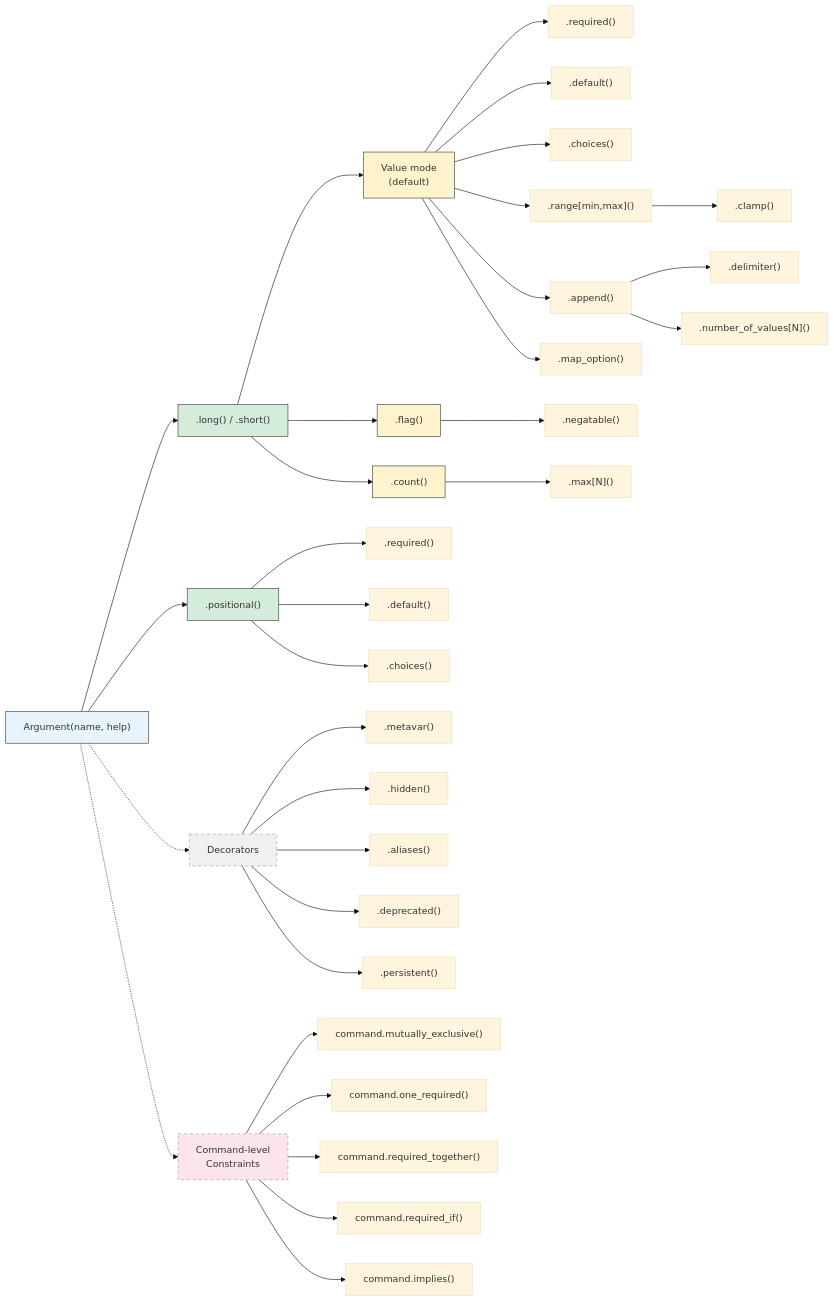
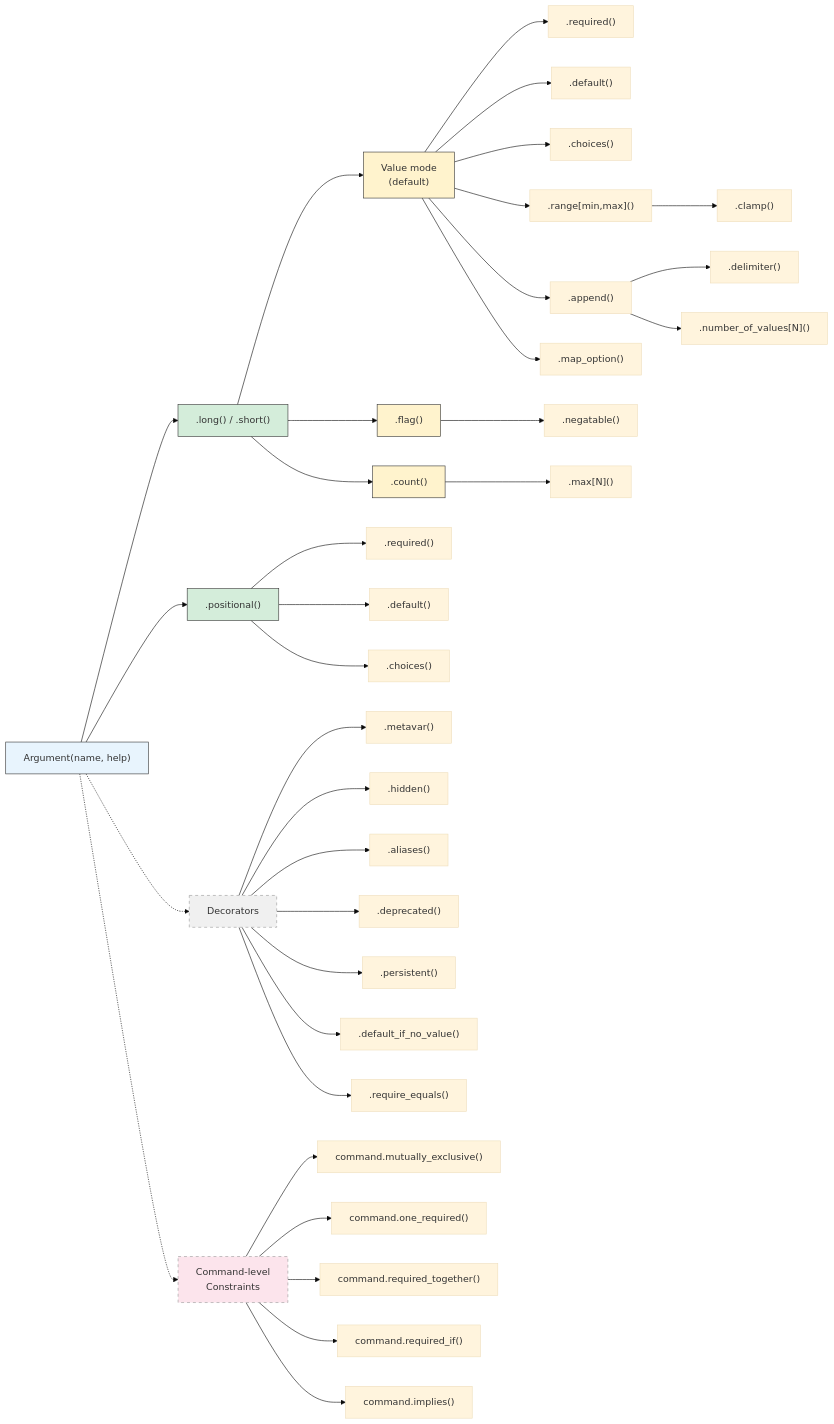
Before and after one commit to forfudan/argmojo: the diagram in docs/user_manual.md, drawn with Mermaid (base theme). The commit also changed other lines of this file and 7 other files, not shown here.

Commit message:
[core] Add `default_if_no_value` and `require_equals` + add cross-library reference in user manual (#12)

````diff
--- a/docs/user_manual.md
+++ b/docs/user_manual.md
@@ -1085,51 +1093,53 @@
 ```mermaid
 flowchart LR
     ARG["Argument(name, help)"]
 
     ARG --> NAMED[".long() / .short()"]
     ARG --> POS[".positional()"]
 
     NAMED --> VAL["Value mode\n(default)"]
     NAMED --> FLAG[".flag()"]
     NAMED --> COUNT[".count()"]
 
     VAL --> req1[".required()"]
     VAL --> def1[".default()"]
     VAL --> cho1[".choices()"]
     VAL --> rng[".range[min,max]()"]
     rng --> clp[".clamp()"]
     VAL --> app[".append()"]
     app --> delim[".delimiter()"]
     app --> nvals[".number_of_values[N]()"]
     VAL --> mapopt[".map_option()"]
 
     FLAG --> neg[".negatable()"]
     COUNT --> maxn[".max[N]()"]
 
     POS --> req2[".required()"]
     POS --> def2[".default()"]
     POS --> cho2[".choices()"]
 
     ARG -.-> DEC["Decorators"]
     DEC --> meta[".metavar()"]
     DEC --> hid[".hidden()"]
     DEC --> ali[".aliases()"]
     DEC --> dep[".deprecated()"]
     DEC --> per[".persistent()"]
+    DEC --> dinv[".default_if_no_value()"]
+    DEC --> reqeq[".require_equals()"]
 
     ARG -.-> CMDCON["Command-level\nConstraints"]
     CMDCON --> mutex["command.mutually_exclusive()"]
     CMDCON --> onereq["command.one_required()"]
     CMDCON --> reqtog["command.required_together()"]
     CMDCON --> reqif["command.required_if()"]
     CMDCON --> imp["command.implies()"]
 
     style ARG fill:#e8f4fd,stroke:#333
     style NAMED fill:#d4edda,stroke:#333
     style POS fill:#d4edda,stroke:#333
     style FLAG fill:#fff3cd,stroke:#333
     style COUNT fill:#fff3cd,stroke:#333
     style VAL fill:#fff3cd,stroke:#333
     style DEC fill:#f0f0f0,stroke:#999,stroke-dasharray: 5 5
     style CMDCON fill:#fce4ec,stroke:#999,stroke-dasharray: 5 5
 ```
````
